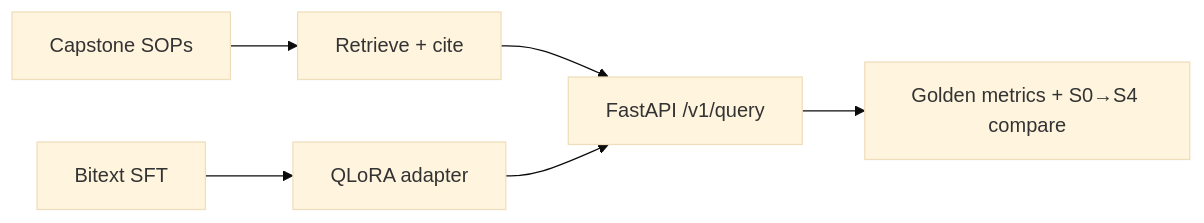
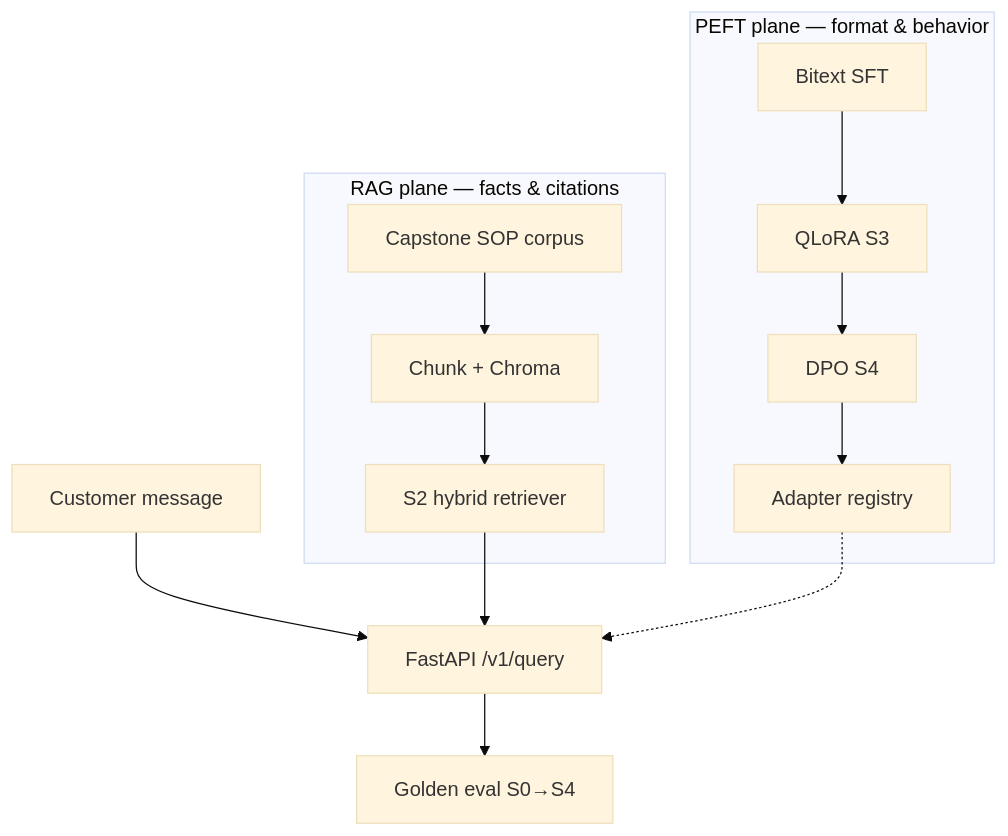
One commit to vpeetla-ai/domainforge-rag-peft changed the diagram in README.md. Above: the diagram before and after it, drawn with Mermaid (base theme). The commit also changed other lines of this file and 1 other file, not shown here.

Commit message:
LinkedIn launch Phases 0-2: plan tracker, readiness audit, canonical diagrams, README standardization.

````diff
--- a/README.md
+++ b/README.md
@@ -20,8 +55,13 @@
 ```mermaid
-flowchart LR
-  SOP[Capstone SOPs] --> RAG[Retrieve + cite]
-  Bitext[Bitext SFT] --> PEFT[QLoRA adapter]
-  RAG --> API[FastAPI /v1/query]
-  PEFT --> API
-  API --> EVAL[Golden metrics + S0→S4 compare]
+flowchart TB
+  subgraph facts["RAG plane — facts & citations"]
+    SOP["Capstone SOP corpus"] --> CHUNK["Chunk + Chroma"] --> HYBRID["S2 hybrid retriever"]
+  end
+  subgraph behavior["PEFT plane — format & behavior"]
+    BITEXT["Bitext SFT"] --> QLORA["QLoRA S3"] --> DPO["DPO S4"] --> REG["Adapter registry"]
+  end
+  MSG["Customer message"] --> API["FastAPI /v1/query"]
+  HYBRID --> API
+  REG -.-> API
+  API --> EVAL["Golden eval S0→S4"]
 ```
````
